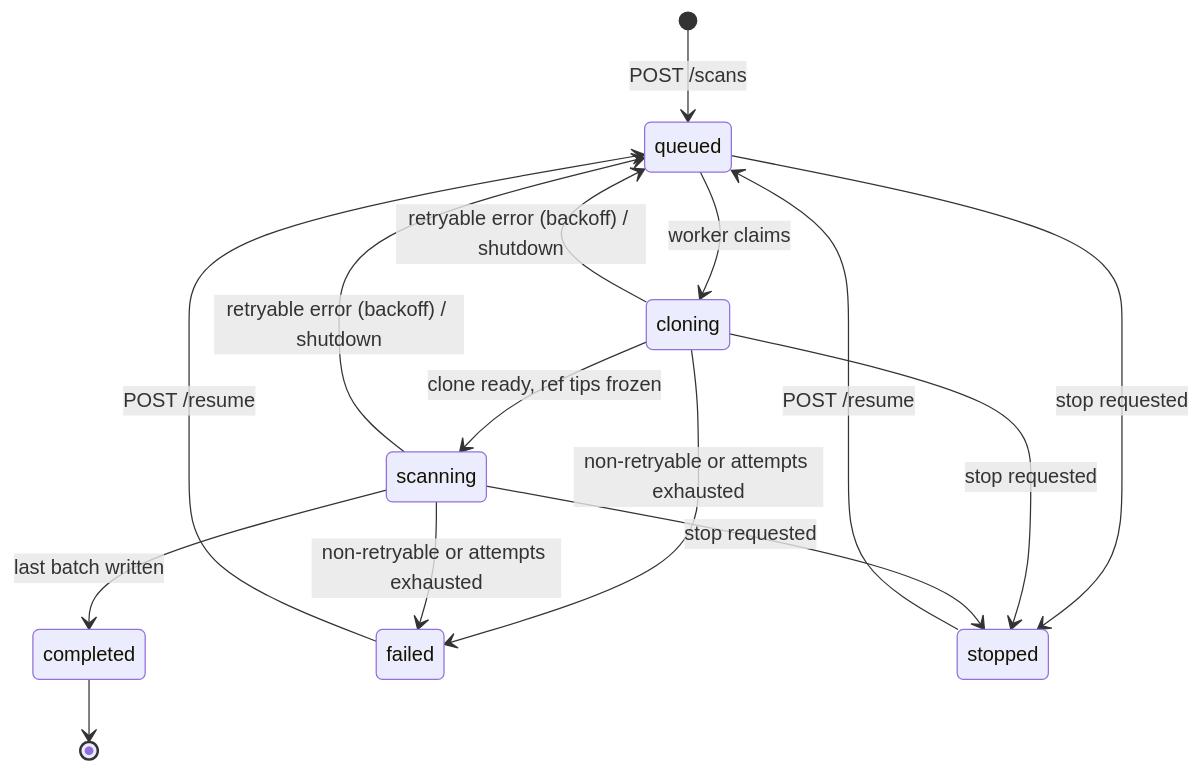
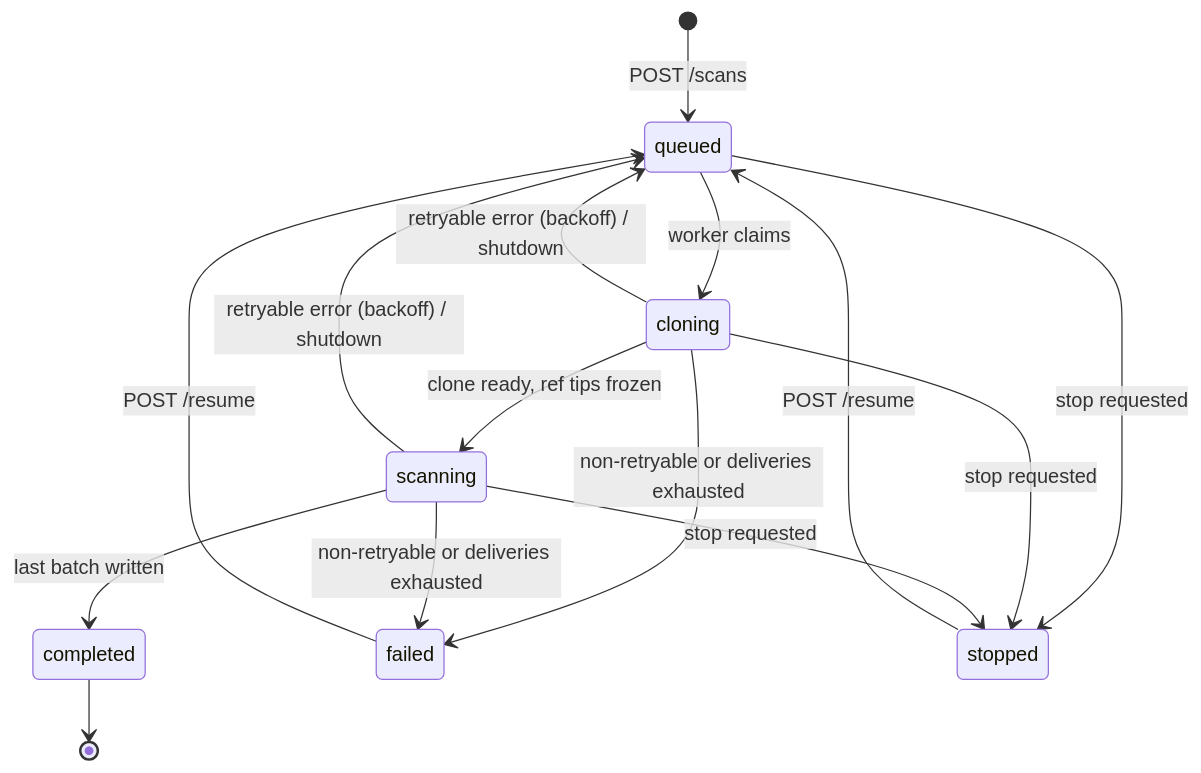
Before and after one commit to maormagori/aws-secret-scanner: the diagram in docs/ARCHITECTURE.md, drawn with Mermaid. The commit also changed other lines of this file and 12 other files, not shown here.

Commit message:
Add architecture, design decisions, ERD and task briefs

````diff
--- a/docs/ARCHITECTURE.md
+++ b/docs/ARCHITECTURE.md
@@ -89,17 +89,17 @@
 ```mermaid
 stateDiagram-v2
   [*] --> queued: POST /scans
   queued --> cloning: worker claims
   cloning --> scanning: clone ready, ref tips frozen
   scanning --> completed: last batch written
   cloning --> queued: retryable error (backoff) / shutdown
   scanning --> queued: retryable error (backoff) / shutdown
-  cloning --> failed: non-retryable or attempts exhausted
-  scanning --> failed: non-retryable or attempts exhausted
+  cloning --> failed: non-retryable or deliveries exhausted
+  scanning --> failed: non-retryable or deliveries exhausted
   queued --> stopped: stop requested
   cloning --> stopped: stop requested
   scanning --> stopped: stop requested
   stopped --> queued: POST /resume
   failed --> queued: POST /resume
   completed --> [*]
 ```
````
